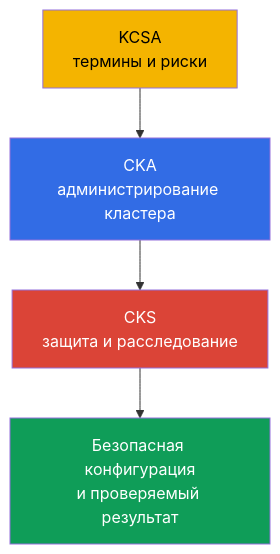
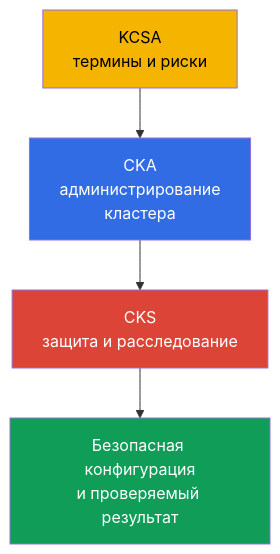
Before and after one commit to ViktorUJ/cks: the first of 3 diagrams in tasks/cks/course/01/ru.md, drawn with Mermaid. The commit also changed other lines of this file and 275 other files, not shown here.

````diff
--- a/tasks/cks/course/01/ru.md
+++ b/tasks/cks/course/01/ru.md
@@ -21,10 +23,10 @@
 ```mermaid
 flowchart TB
-    ksca["KCSA<br>термины и риски"] --> cka["CKA<br>администрирование кластера"]
-    cka --> cks["CKS<br>защита и расследование"]
-    cks --> result["Безопасная конфигурация<br>и проверяемый результат"]
+    ksca["KCSA<br/>термины и риски"] --> cka["CKA<br/>администрирование<br/>кластера"]
+    cka --> cks["CKS<br/>защита и расследование"]
+    cks --> result["Безопасная конфигурация<br/>и проверяемый результат"]
     style ksca fill:#f4b400,color:#000
     style cka fill:#326ce5,color:#fff
     style cks fill:#db4437,color:#fff
     style result fill:#0f9d58,color:#fff
 ```
````
